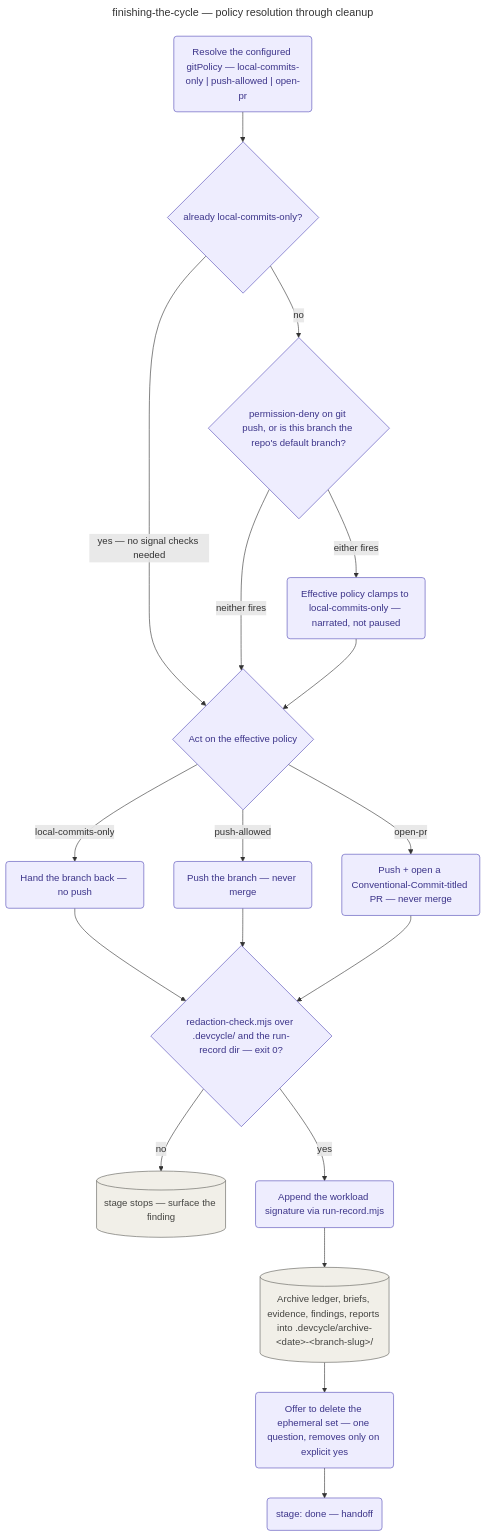
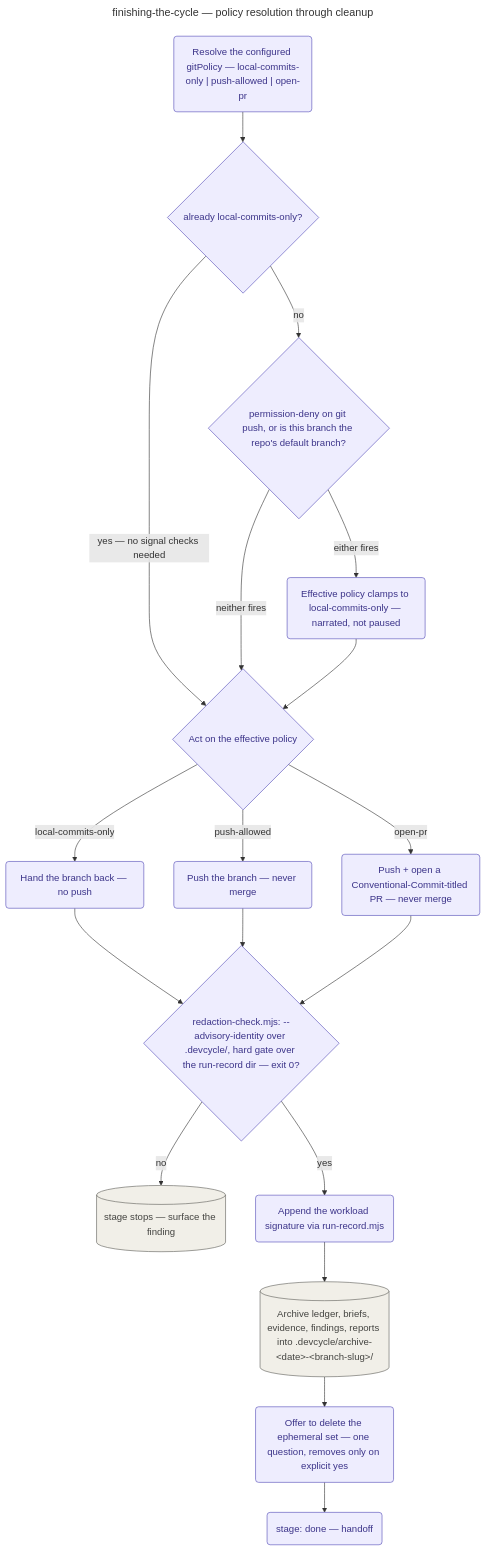
The diagram in docs/playbooks/finishing-the-cycle/README.md (KonstantinRoehrl/devcycle), drawn with Mermaid before and after one commit. The commit also changed other lines of this file and 27 other files, not shown here.

````diff
--- a/docs/playbooks/finishing-the-cycle/README.md
+++ b/docs/playbooks/finishing-the-cycle/README.md
@@ -46,31 +55,31 @@
 ```mermaid
 ---
 title: finishing-the-cycle — policy resolution through cleanup
 accDescr: Playbook-internal flowchart of the finish stage, from resolving the configured git policy through the permission and protected-branch signal checks, acting on the effective policy, the redaction and workload gates, the unconditional archive copy, and the ephemeral-cleanup offer.
 ---
 flowchart TD
     CFG("Resolve the configured gitPolicy — local-commits-only | push-allowed | open-pr"):::stage
     CFG --> FLOOR{"already local-commits-only?"}:::stage
     FLOOR -->|"yes — no signal checks needed"| ACT
     FLOOR -->|"no"| SIGNALS{"permission-deny on git push, or is this branch the repo's default branch?"}:::stage
     SIGNALS -->|"either fires"| CLAMP("Effective policy clamps to local-commits-only — narrated, not paused"):::stage
     SIGNALS -->|"neither fires"| ACT
     CLAMP --> ACT
     ACT{"Act on the effective policy"}:::stage
     ACT -->|"local-commits-only"| HANDBACK("Hand the branch back — no push"):::stage
     ACT -->|"push-allowed"| PUSH("Push the branch — never merge"):::stage
     ACT -->|"open-pr"| PR("Push + open a Conventional-Commit-titled PR — never merge"):::stage
     HANDBACK --> REDACT
     PUSH --> REDACT
     PR --> REDACT
-    REDACT{"redaction-check.mjs over .devcycle/ and the run-record dir — exit 0?"}:::stage
+    REDACT{"redaction-check.mjs: --advisory-identity over .devcycle/, hard gate over the run-record dir — exit 0?"}:::stage
     REDACT -->|"no"| STOP[("stage stops — surface the finding")]:::structural
     REDACT -->|"yes"| RECORD("Append the workload signature via run-record.mjs"):::stage
     RECORD --> ARCHIVE[("Archive ledger, briefs, evidence, findings, reports into .devcycle/archive-&lt;date&gt;-&lt;branch-slug&gt;/")]:::structural
     ARCHIVE --> CLEAN("Offer to delete the ephemeral set — one question, removes only on explicit yes"):::stage
     CLEAN --> DONE("stage: done — handoff"):::stage
 
     classDef stage fill:#EEEDFE,stroke:#534AB7,color:#3C3489;
     classDef tool fill:#E1F5EE,stroke:#0F6E56,color:#085041,stroke-dasharray:5 5;
     classDef structural fill:#F1EFE8,stroke:#5F5E5A,color:#444441;
 ```
````
